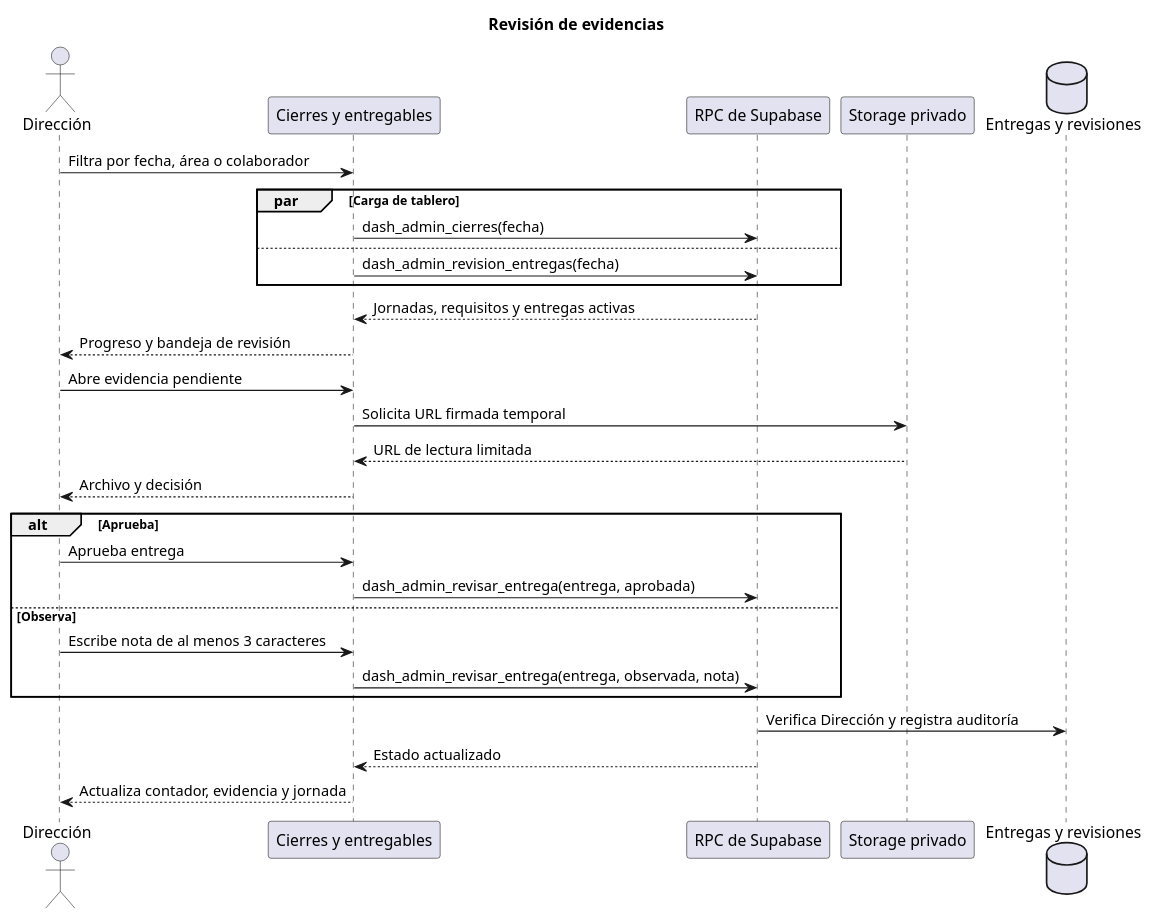
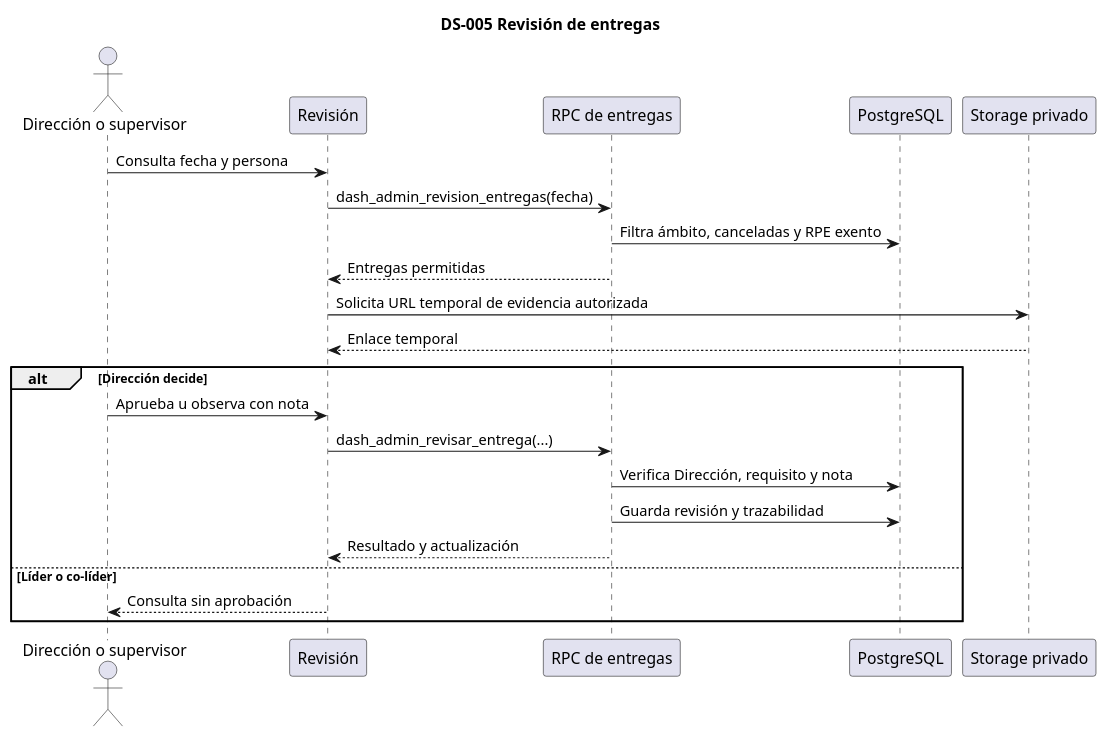
The fifth of 22 diagrams in docs/21-diagramas-secuencia-administracion-plantuml.md (kjabienestar-ux/KJA), drawn with PlantUML before and after one commit. The commit also changed other lines of this file and 4 other files, not shown here.

````diff
--- a/docs/21-diagramas-secuencia-administracion-plantuml.md
+++ b/docs/21-diagramas-secuencia-administracion-plantuml.md
@@ -143,33 +167,25 @@
 ```plantuml
 @startuml
-title Revisión de evidencias
-actor Dirección as Dir
-participant "Cierres y entregables" as Web
-participant "RPC de Supabase" as RPC
-participant "Storage privado" as Storage
-database "Entregas y revisiones" as DB
-
-Dir -> Web: Filtra por fecha, área o colaborador
-par Carga de tablero
-  Web -> RPC: dash_admin_cierres(fecha)
-else
-  Web -> RPC: dash_admin_revision_entregas(fecha)
+title DS-005 Revisión de entregas
+actor "Dirección o supervisor" as U
+participant "Revisión" as W
+participant "RPC de entregas" as R
+participant "PostgreSQL" as B
+participant "Storage privado" as S
+U -> W: Consulta fecha y persona
+W -> R: dash_admin_revision_entregas(fecha)
+R -> B: Filtra ámbito, canceladas y RPE exento
+R --> W: Entregas permitidas
+W -> S: Solicita URL temporal de evidencia autorizada
+S --> W: Enlace temporal
+alt Dirección decide
+U -> W: Aprueba u observa con nota
+W -> R: dash_admin_revisar_entrega(...)
+R -> B: Verifica Dirección, requisito y nota
+R -> B: Guarda revisión y trazabilidad
+R --> W: Resultado y actualización
+else Líder o co-líder
+W --> U: Consulta sin aprobación
 end
-RPC --> Web: Jornadas, requisitos y entregas activas
-Web --> Dir: Progreso y bandeja de revisión
-Dir -> Web: Abre evidencia pendiente
-Web -> Storage: Solicita URL firmada temporal
-Storage --> Web: URL de lectura limitada
-Web --> Dir: Archivo y decisión
-alt Aprueba
-  Dir -> Web: Aprueba entrega
-  Web -> RPC: dash_admin_revisar_entrega(entrega, aprobada)
-else Observa
-  Dir -> Web: Escribe nota de al menos 3 caracteres
-  Web -> RPC: dash_admin_revisar_entrega(entrega, observada, nota)
-end
-RPC -> DB: Verifica Dirección y registra auditoría
-RPC --> Web: Estado actualizado
-Web --> Dir: Actualiza contador, evidencia y jornada
 @enduml
 ```
````
